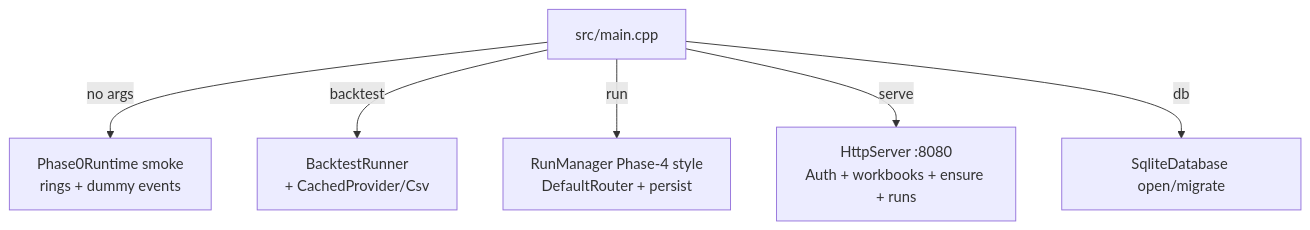
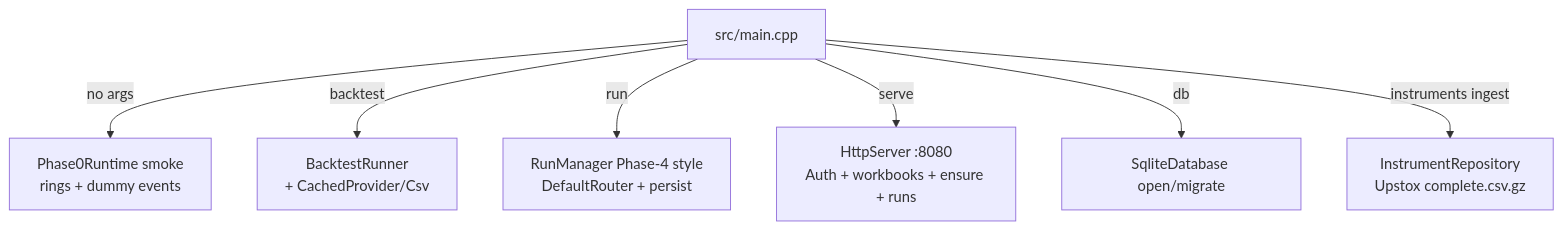
Before and after one commit to Ruhangrk/AlgoCraft: the first of 8 diagrams in Notes/CODEMAP.md, drawn with Mermaid. The commit also changed other lines of this file and 44 other files, not shown here.

````diff
--- a/Notes/CODEMAP.md
+++ b/Notes/CODEMAP.md
@@ -40,9 +40,10 @@
 ```mermaid
 flowchart TB
   MAIN["src/main.cpp"]
   MAIN -->|no args| P0["Phase0Runtime smoke<br/>rings + dummy events"]
   MAIN -->|backtest| BT["BacktestRunner<br/>+ CachedProvider/Csv"]
   MAIN -->|run| RM["RunManager Phase-4 style<br/>DefaultRouter + persist"]
   MAIN -->|serve| HTTP["HttpServer :8080<br/>Auth + workbooks + ensure + runs"]
   MAIN -->|db| DBSmoke["SqliteDatabase open/migrate"]
+  MAIN -->|instruments ingest| INGEST["InstrumentRepository<br/>Upstox complete.csv.gz"]
 ```
````
